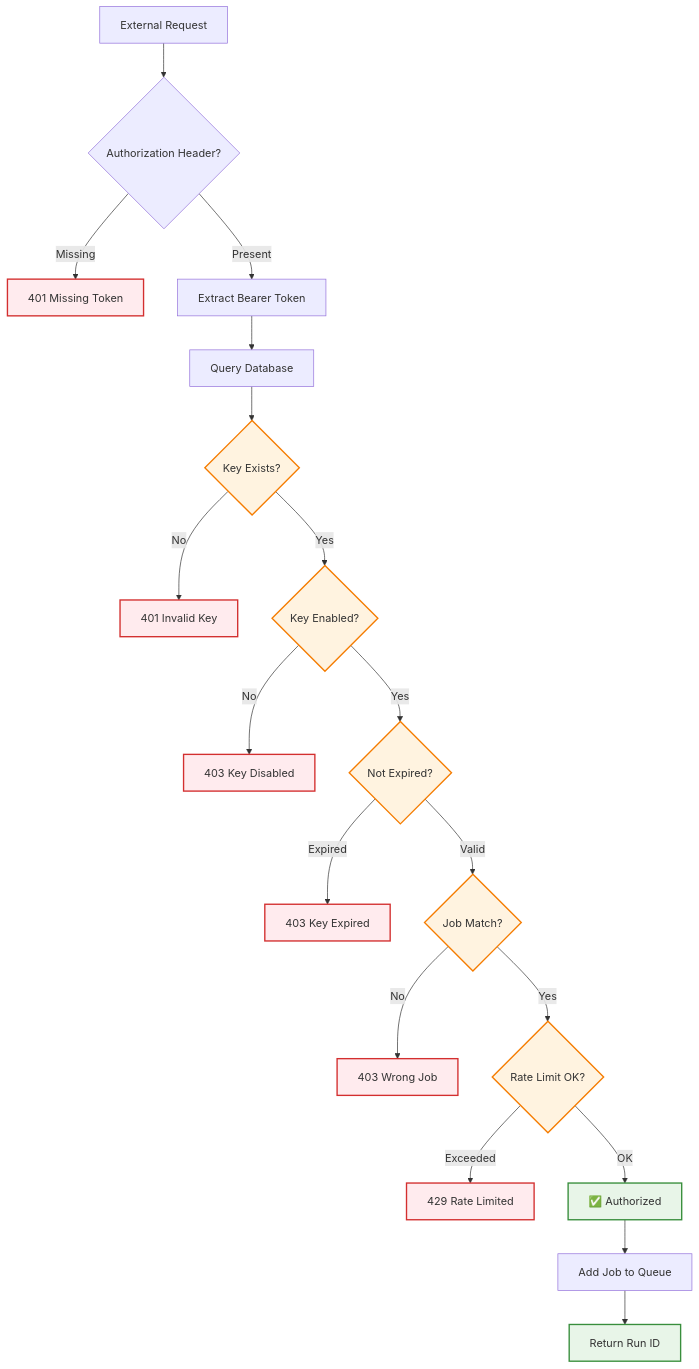
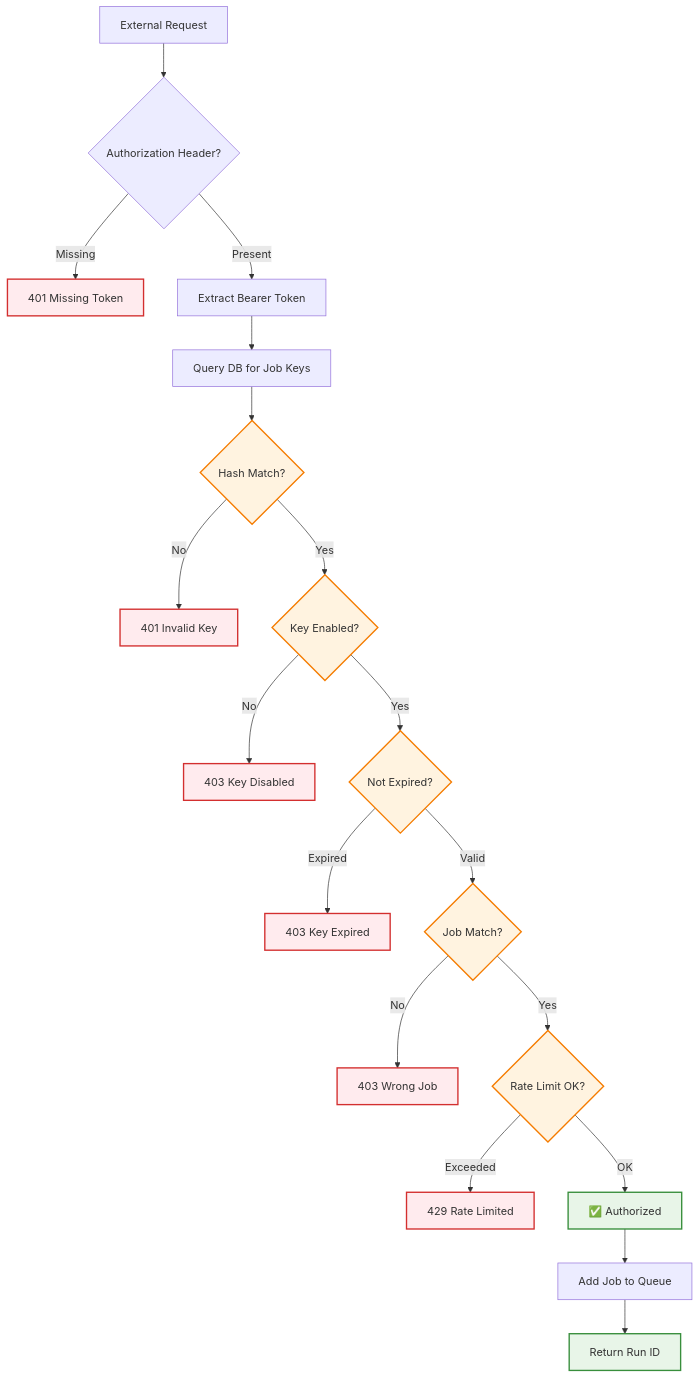
The fourth of 7 diagrams in docs/specs/02-authentication/API_KEY_SYSTEM.md (supercheck-io/supercheck), drawn with Mermaid before and after one commit. The commit also changed other lines of this file and 96 other files, not shown here.

````diff
--- a/docs/specs/02-authentication/API_KEY_SYSTEM.md
+++ b/docs/specs/02-authentication/API_KEY_SYSTEM.md
@@ -181,28 +186,28 @@
 ```mermaid
 graph TB
     A[External Request] --> B{Authorization Header?}
     B -->|Missing| C[401 Missing Token]
     B -->|Present| D[Extract Bearer Token]
-    D --> E[Query Database]
-    E --> F{Key Exists?}
+    D --> E[Query DB for Job Keys]
+    E --> F{Hash Match?}
     F -->|No| G[401 Invalid Key]
     F -->|Yes| H{Key Enabled?}
     H -->|No| I[403 Key Disabled]
     H -->|Yes| J{Not Expired?}
     J -->|Expired| K[403 Key Expired]
     J -->|Valid| L{Job Match?}
     L -->|No| M[403 Wrong Job]
     L -->|Yes| N{Rate Limit OK?}
     N -->|Exceeded| O[429 Rate Limited]
     N -->|OK| P[✅ Authorized]
     P --> Q[Add Job to Queue]
     Q --> R[Return Run ID]
 
     classDef error fill:#ffebee,stroke:#d32f2f,stroke-width:2px
     classDef success fill:#e8f5e8,stroke:#388e3c,stroke-width:2px
     classDef check fill:#fff3e0,stroke:#f57c00,stroke-width:2px
 
     class C,G,I,K,M,O error
     class P,R success
     class F,H,J,L,N check
 ```
````
